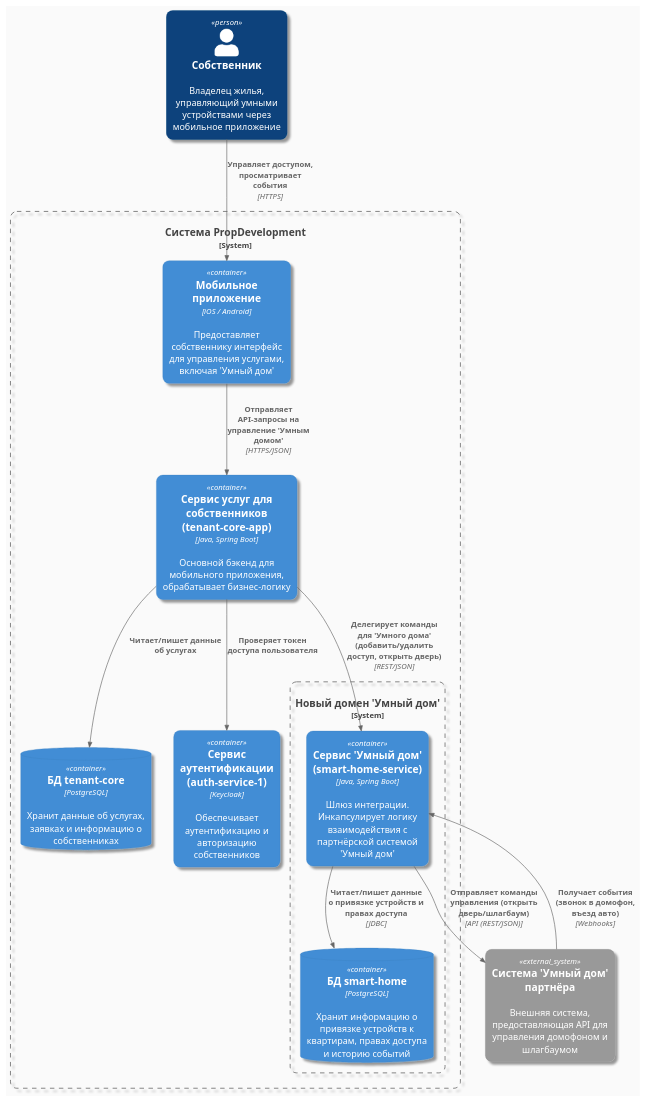
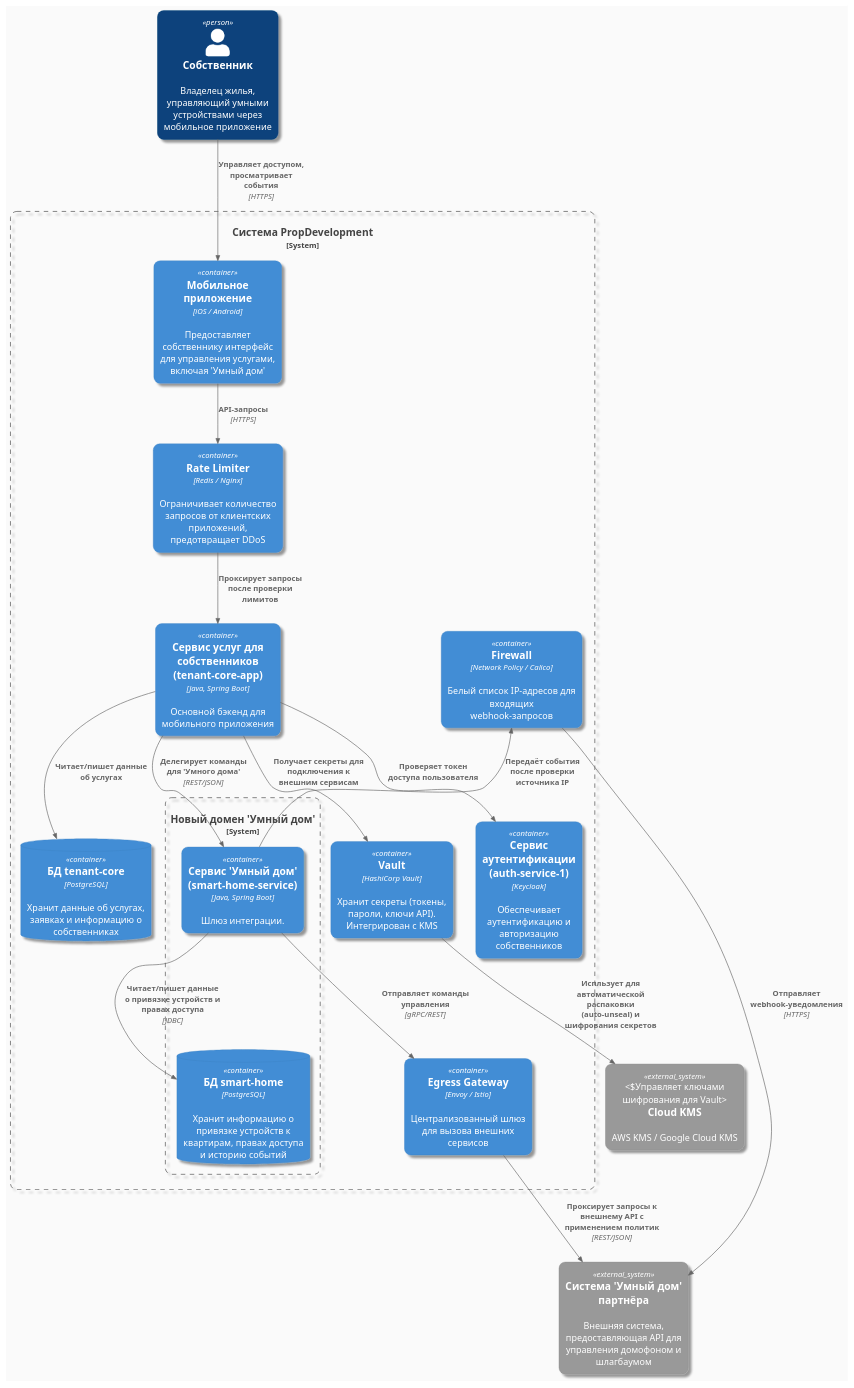
The diagram in Task3/Task3 Container C4.puml (AlexanderMATI/architecture-pro-propdevelopment), drawn with PlantUML before and after one commit. The commit also changed 1 other file, not shown here.

```diff
--- a/Task3/Task3 Container C4.puml
+++ b/Task3/Task3 Container C4.puml
@@ -1,35 +1,46 @@
 @startuml
 !include <C4/C4_Container>
 
 skinparam {
     backgroundColor #FAFAFA
     roundCorner 20
     shadowing true
     wrapWidth 200
 }
 
 Person(owner, "Собственник", "Владелец жилья, управляющий умными устройствами через мобильное приложение")
 System_Ext(partner_smarthome, "Система 'Умный дом' партнёра", "Внешняя система, предоставляющая API для управления домофоном и шлагбаумом")
 
 System_Boundary(c1, "Система PropDevelopment") {
+
     Container(mobile_app, "Мобильное приложение", "iOS / Android", "Предоставляет собственнику интерфейс для управления услугами, включая 'Умный дом'")
-    Container(tenant_core_app, "Сервис услуг для собственников (tenant-core-app)", "Java, Spring Boot", "Основной бэкенд для мобильного приложения, обрабатывает бизнес-логику")
+    Container(rate_limiter, "Rate Limiter", "Redis / Nginx", "Ограничивает количество запросов от клиентских приложений, предотвращает DDoS")
+    Container(tenant_core_app, "Сервис услуг для собственников (tenant-core-app)", "Java, Spring Boot", "Основной бэкенд для мобильного приложения")
     ContainerDb(tenant_core_db, "БД tenant-core", "PostgreSQL", "Хранит данные об услугах, заявках и информацию о собственниках")
     Container(auth_service, "Сервис аутентификации (auth-service-1)", "Keycloak", "Обеспечивает аутентификацию и авторизацию собственников")
-
+    Container(vault, "Vault", "HashiCorp Vault", "Хранит секреты (токены, пароли, ключи API). Интегрирован с KMS")
     System_Boundary(c2, "Новый домен 'Умный дом'") {
-        Container(smart_home_service, "Сервис 'Умный дом' (smart-home-service)", "Java, Spring Boot", "Шлюз интеграции. Инкапсулирует логику взаимодействия с партнёрской системой 'Умный дом'")
+        Container(smart_home_service, "Сервис 'Умный дом' (smart-home-service)", "Java, Spring Boot", "Шлюз интеграции.")
         ContainerDb(smart_home_db, "БД smart-home", "PostgreSQL", "Хранит информацию о привязке устройств к квартирам, правах доступа и историю событий")
     }
+
+    Container(egress_gateway, "Egress Gateway", "Envoy / Istio", "Централизованный шлюз для вызова внешних сервисов")
+    Container(firewall, "Firewall", "Network Policy / Calico", "Белый список IP-адресов для входящих webhook-запросов")
 }
 
 Rel(owner, mobile_app, "Управляет доступом, просматривает события", "HTTPS")
-Rel(mobile_app, tenant_core_app, "Отправляет API-запросы на управление 'Умным домом'", "HTTPS/JSON")
+Rel(mobile_app, rate_limiter, "API-запросы", "HTTPS")
+Rel(rate_limiter, tenant_core_app, "Проксирует запросы после проверки лимитов")
 Rel(tenant_core_app, auth_service, "Проверяет токен доступа пользователя")
+Rel(tenant_core_app, vault, "Получает секреты для подключения к внешним сервисам")
 Rel(tenant_core_app, tenant_core_db, "Читает/пишет данные об услугах")
-Rel(tenant_core_app, smart_home_service, "Делегирует команды для 'Умного дома' (добавить/удалить доступ, открыть дверь)", "REST/JSON")
+Rel(tenant_core_app, smart_home_service, "Делегирует команды для 'Умного дома'", "REST/JSON")
 Rel(smart_home_service, smart_home_db, "Читает/пишет данные о привязке устройств и правах доступа", "JDBC")
-Rel(smart_home_service, partner_smarthome, "Отправляет команды управления (открыть дверь/шлагбаум)", "API (REST/JSON)")
-Rel_Back(smart_home_service, partner_smarthome, "Получает события (звонок в домофон, въезд авто)", "Webhooks")
+Rel(smart_home_service, egress_gateway, "Отправляет команды управления", "gRPC/REST")
+Rel(egress_gateway, partner_smarthome, "Проксирует запросы к внешнему API с применением политик", "REST/JSON")
+Rel_Back(firewall, smart_home_service, "Передаёт события после проверки источника IP")
+Rel_Back(partner_smarthome, firewall, "Отправляет webhook-уведомления", "HTTPS")
+System_Ext(kms, "Cloud KMS", "AWS KMS / Google Cloud KMS", "Управляет ключами шифрования для Vault")
+Rel(vault, kms, "Испльзует для автоматической распаковки (auto-unseal) и шифрования секретов")
 
 @enduml
```
